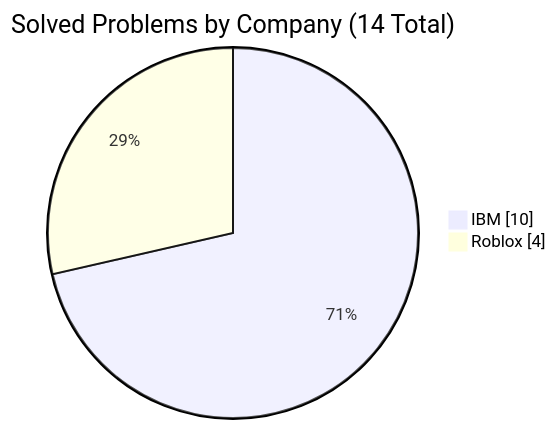
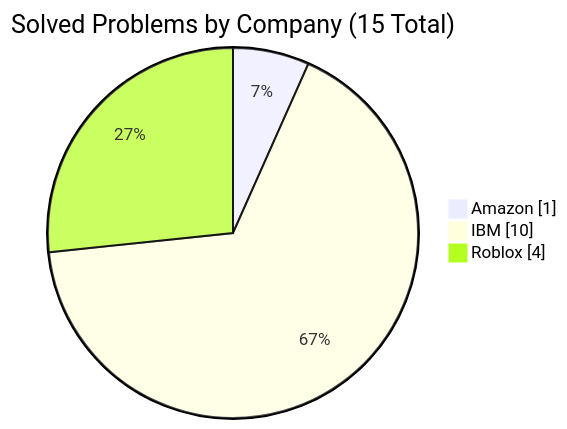
The fourth of 4 diagrams in README.md (simonesiega/leetcode-solutions), drawn with Mermaid before and after one commit. The commit also changed other lines of this file and 4 other files, not shown here.

````diff
--- a/README.md
+++ b/README.md
@@ -168,6 +168,7 @@
 ```mermaid
 pie showData
-    title Solved Problems by Company (14 Total)
+    title Solved Problems by Company (15 Total)
+    "Amazon" : 1
     "IBM" : 10
     "Roblox" : 4
 ```
````
